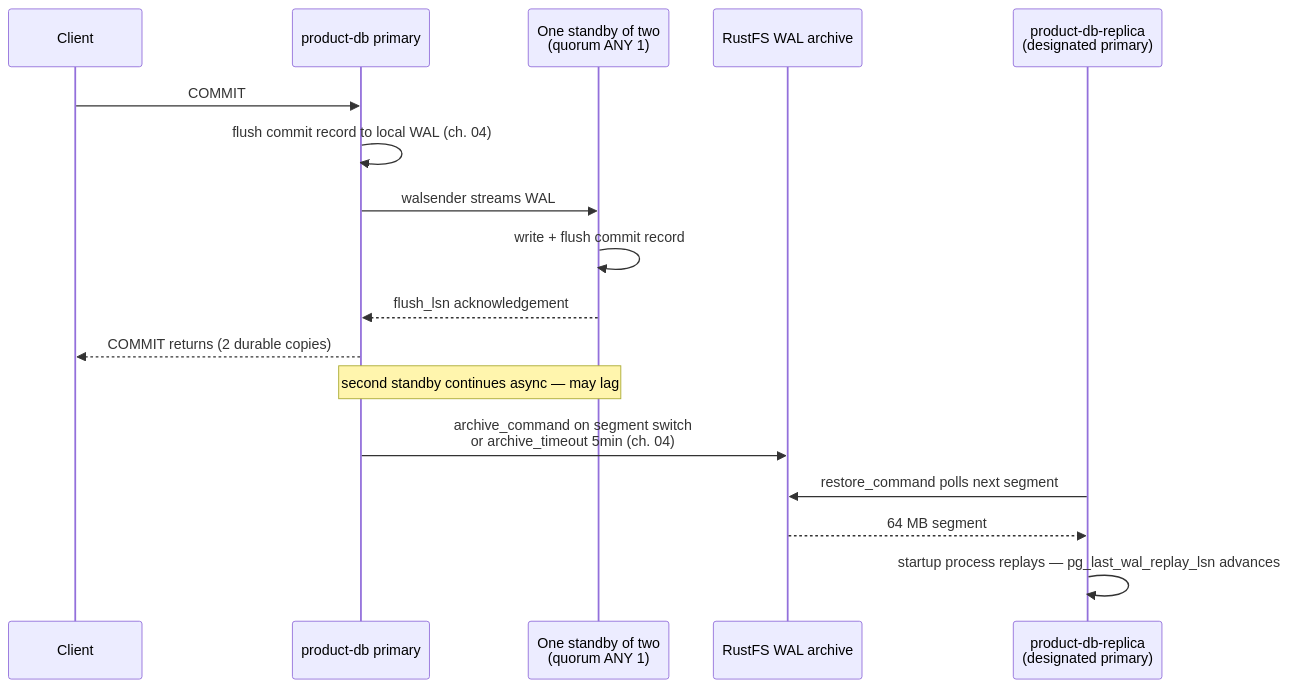
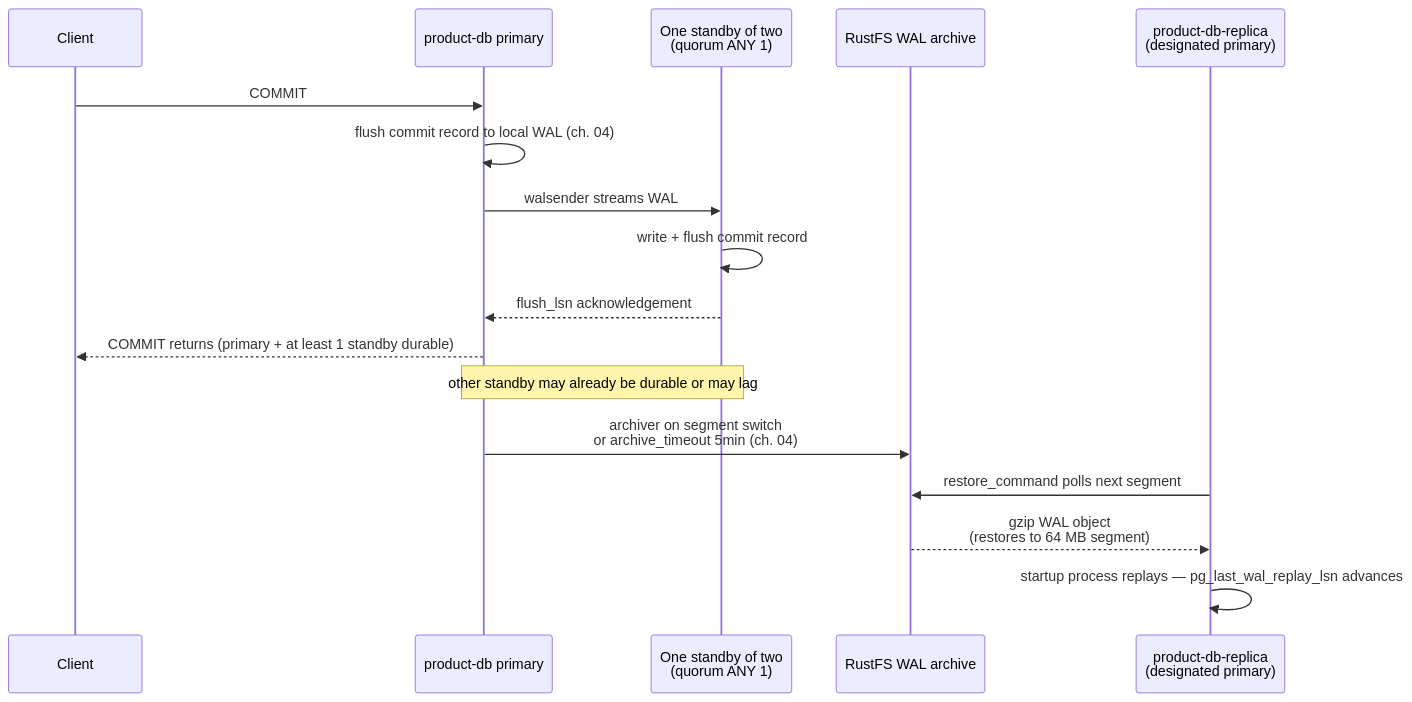
One commit to duynhlab/homelab changed the diagram in docs/databases/fundamentals/12-replication-and-slots.md. Above: the diagram before and after it, drawn with Mermaid. The commit also changed other lines of this file and 15 other files, not shown here.

````diff
--- a/docs/databases/fundamentals/12-replication-and-slots.md
+++ b/docs/databases/fundamentals/12-replication-and-slots.md
@@ -126,20 +130,20 @@
 ```mermaid
 sequenceDiagram
     participant C as Client
     participant P as product-db primary
     participant S as One standby of two<br/>(quorum ANY 1)
     participant A as RustFS WAL archive
     participant R as product-db-replica<br/>(designated primary)
 
     C->>P: COMMIT
     P->>P: flush commit record to local WAL (ch. 04)
     P->>S: walsender streams WAL
     S->>S: write + flush commit record
     S-->>P: flush_lsn acknowledgement
-    P-->>C: COMMIT returns (2 durable copies)
-    Note over P,S: second standby continues async — may lag
-    P->>A: archive_command on segment switch<br/>or archive_timeout 5min (ch. 04)
+    P-->>C: COMMIT returns (primary + at least 1 standby durable)
+    Note over P,S: other standby may already be durable or may lag
+    P->>A: archiver on segment switch<br/>or archive_timeout 5min (ch. 04)
     R->>A: restore_command polls next segment
-    A-->>R: 64 MB segment
+    A-->>R: gzip WAL object<br/>(restores to 64 MB segment)
     R->>R: startup process replays — pg_last_wal_replay_lsn advances
 ```
````
